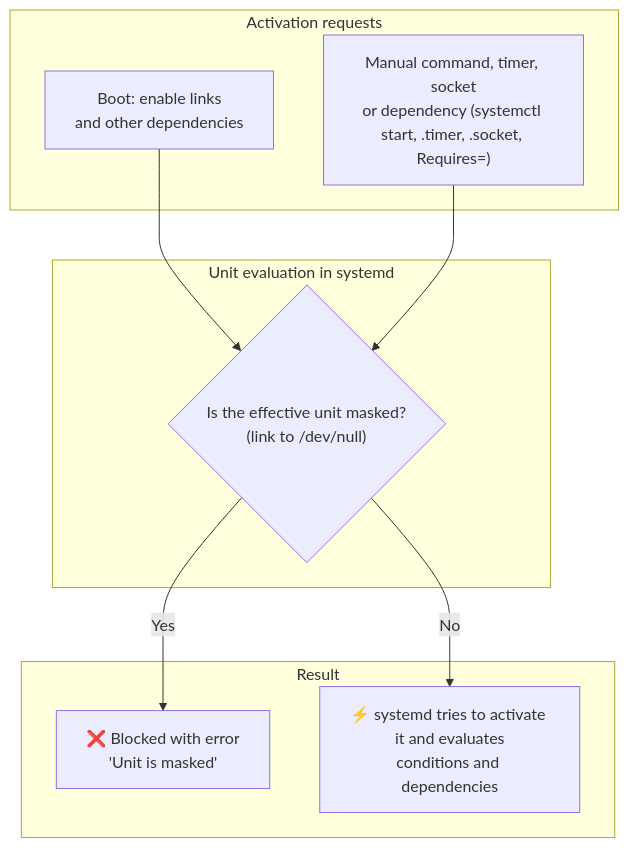
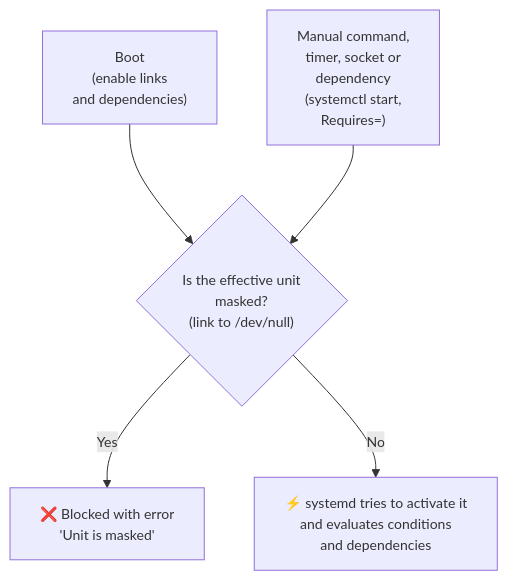
Before and after one commit to jose-oc/joseoc-dev: the diagram in src/content/en/how-to/masking-systemd-services.md, drawn with Mermaid. The commit also changed 1 other file, not shown here.

Commit message:
Rehace el diagrama de masking en vertical con etiquetas cortas y fuente de 14px

````diff
--- a/src/content/en/how-to/masking-systemd-services.md
+++ b/src/content/en/how-to/masking-systemd-services.md
@@ -26,22 +26,18 @@
 ```mermaid
-flowchart TD
-    subgraph Eventos ["Activation requests"]
-        T1["Boot: enable links<br/>and other dependencies"]
-        T2["Manual command, timer, socket<br/>or dependency (systemctl start, .timer, .socket, Requires=)"]
-    end
-
-    subgraph Resolucion ["Unit evaluation in systemd"]
-        C{"Is the effective unit masked?<br/>(link to /dev/null)"}
-    end
-
-    subgraph Resultado ["Result"]
-        R1["❌ Blocked with error<br/>'Unit is masked'"]
-        R2["⚡ systemd tries to activate it and evaluates<br/>conditions and dependencies"]
-    end
+---
+config:
+  themeVariables:
+    fontSize: 14px
+---
+flowchart TB
+    T1["Boot<br/>(enable links<br/>and dependencies)"]
+    T2["Manual command,<br/>timer, socket or<br/>dependency<br/>(systemctl start,<br/>Requires=)"]
+    C{"Is the effective unit<br/>masked?<br/>(link to /dev/null)"}
+    R1["❌ Blocked with error<br/>'Unit is masked'"]
+    R2["⚡ systemd tries to activate it<br/>and evaluates conditions<br/>and dependencies"]
 
     T1 --> C
     T2 --> C
-
-    C -- "Yes" --> R1
-    C -- "No" --> R2
+    C -->|"Yes"| R1
+    C -->|"No"| R2
 ```
````
